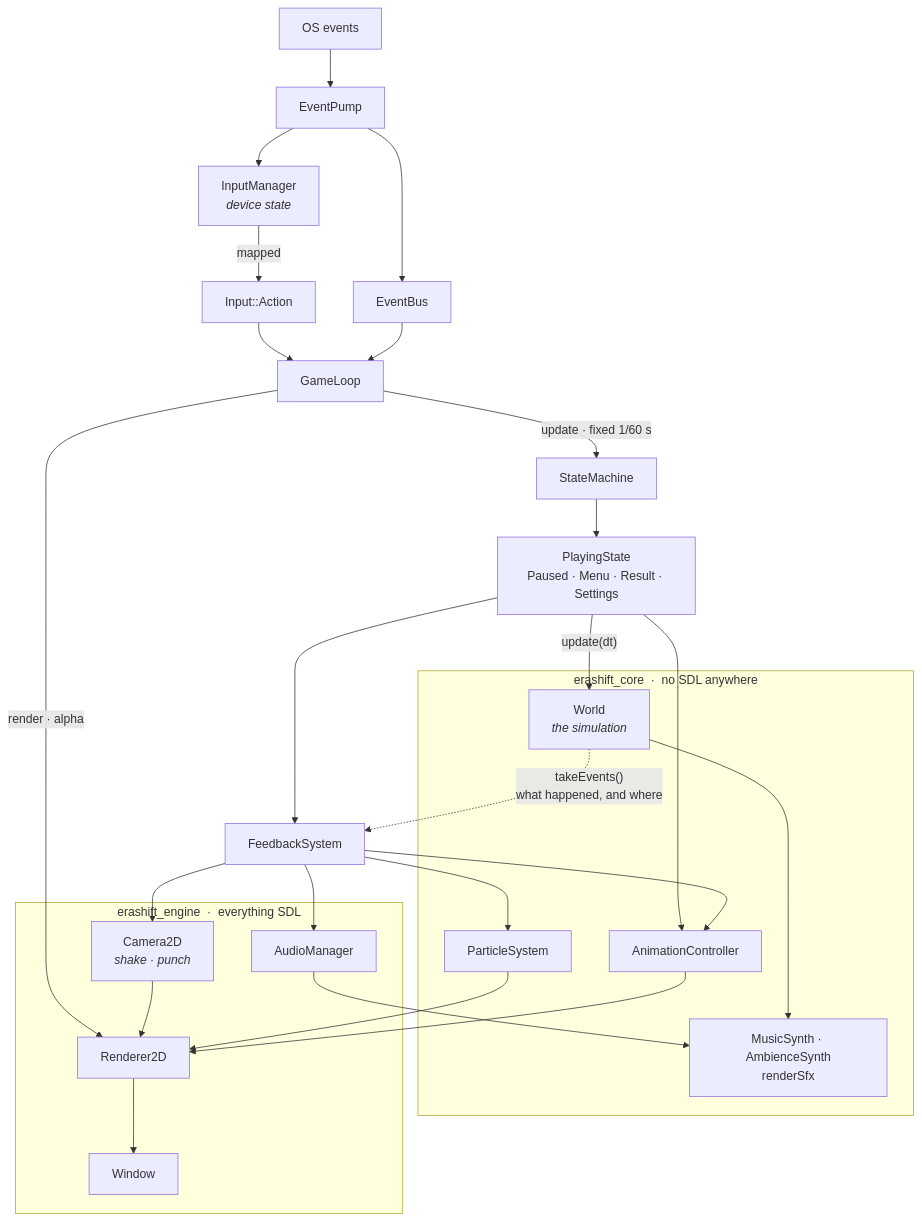
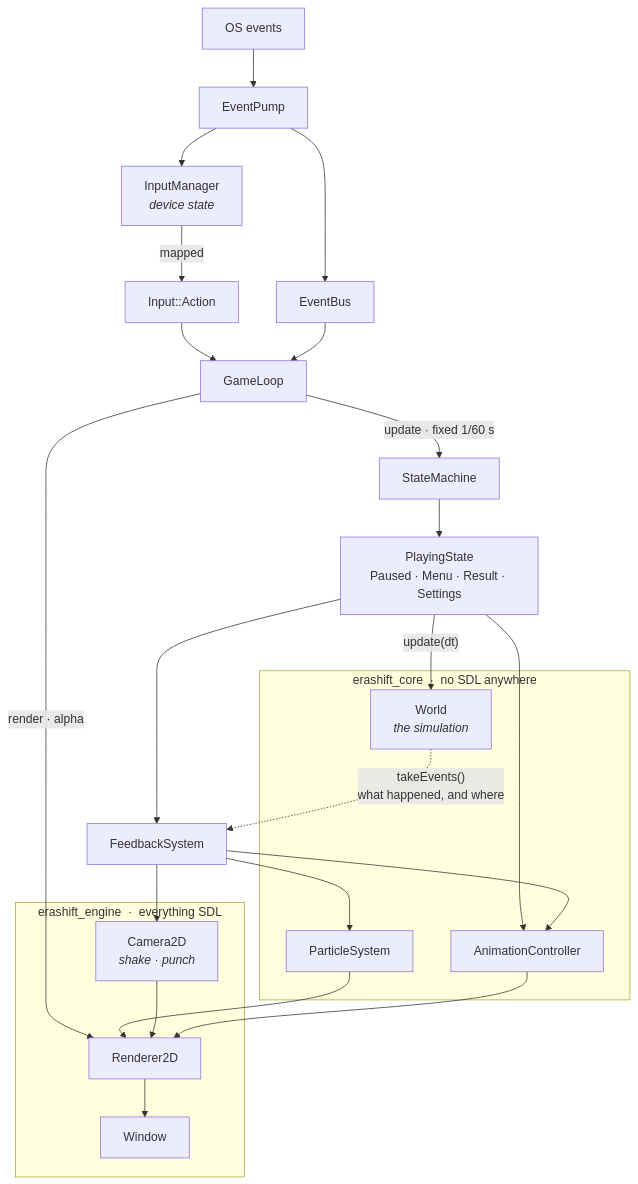
The first of 2 diagrams in README.md (toms1010/Era-Shift), drawn with Mermaid before and after one commit. The commit also changed other lines of this file and 38 other files, not shown here.

````diff
--- a/README.md
+++ b/README.md
@@ -203,44 +197,39 @@
 ```mermaid
 flowchart TD
     OS["OS events"] --> Pump["EventPump"]
     Pump --> Bus["EventBus"]
     Pump --> Input["InputManager<br/><i>device state</i>"]
     Input -->|"mapped"| Action["Input::Action"]
     Action --> Loop
     Bus --> Loop
 
     Loop["GameLoop"] -->|"update · fixed 1/60 s"| States["StateMachine"]
     States --> Playing["PlayingState<br/>Paused · Menu · Result · Settings"]
 
     subgraph Core["erashift_core &nbsp;·&nbsp; no SDL anywhere"]
         World["World<br/><i>the simulation</i>"]
-        Synth["MusicSynth · AmbienceSynth<br/>renderSfx"]
         Anim["AnimationController"]
         Particles["ParticleSystem"]
     end
 
     subgraph Engine["erashift_engine &nbsp;·&nbsp; everything SDL"]
-        Audio["AudioManager"]
         Cam["Camera2D<br/><i>shake · punch</i>"]
         Render["Renderer2D"]
         Win["Window"]
     end
     Loop -->|"render · alpha"| Render
 
     Playing -->|"update(dt)"| World
     World -.->|"takeEvents()<br/>what happened, and where"| Feedback["FeedbackSystem"]
     Playing --> Feedback
     Playing --> Anim
 
-    World --> Synth
-    Feedback --> Audio
-    Audio --> Synth
     Feedback --> Particles
     Feedback --> Cam
     Feedback --> Anim
 
     Particles --> Render
     Cam --> Render
     Anim --> Render
     Render --> Win
 ```
````
